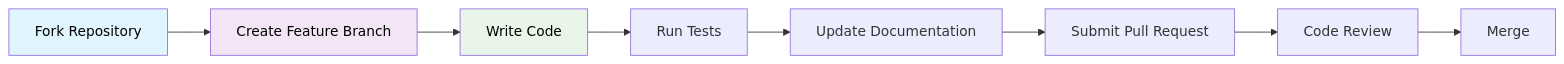
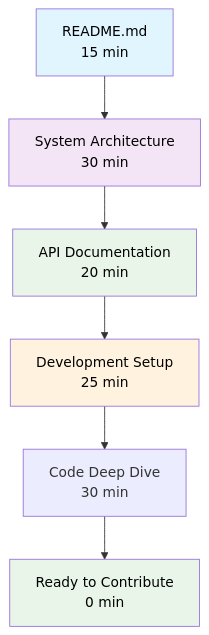
Before and after one commit to Interlaken0/temperature-plotter: the diagram in docs/NEW-DEVELOPER-ONBOARDING.md, drawn with Mermaid. The commit also changed other lines of this file and 7 other files, not shown here.

Commit message:
Update documentation to reflect 116 tests across 12 test suites with 100% pass rate

````diff
--- a/docs/NEW-DEVELOPER-ONBOARDING.md
+++ b/docs/NEW-DEVELOPER-ONBOARDING.md
@@ -165,14 +9,14 @@
 ```mermaid
-graph LR
-    A[Fork Repository] --> B[Create Feature Branch]
-    B --> C[Write Code]
-    C --> D[Run Tests]
-    D --> E[Update Documentation]
-    E --> F[Submit Pull Request]
-    F --> G[Code Review]
-    G --> H[Merge]
+graph TB
+    A[README.md<br/>15 min] --> B[System Architecture<br/>30 min]
+    B --> C[API Documentation<br/>20 min]
+    C --> D[Development Setup<br/>25 min]
+    D --> E[Code Deep Dive<br/>30 min]
+    E --> F[Ready to Contribute<br/>0 min]
     
     style A fill:#e1f5fe,color:#000000
     style B fill:#f3e5f5,color:#000000
     style C fill:#e8f5e8,color:#000000
+    style D fill:#fff3e0,color:#000000
+    style F fill:#e8f5e8,color:#000000
 ```
````
